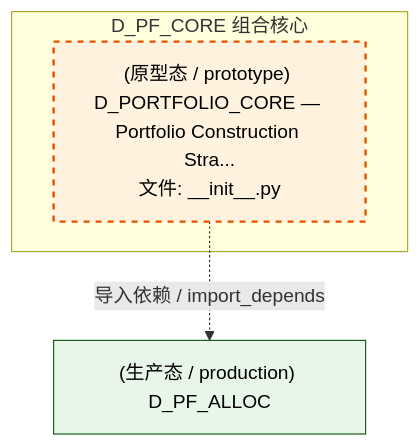
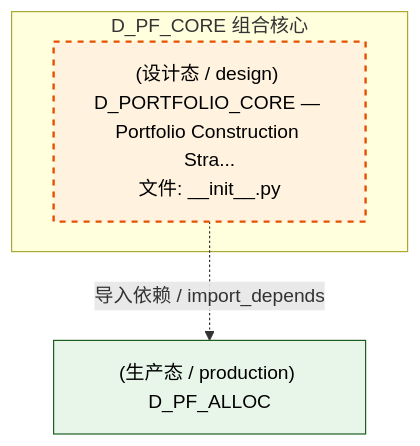
Before and after one commit to xuanFelixVan/ZephyrAlpha: the second of 3 diagrams in docs/02_enterprise_architecture/02_domain_architecture_docs/52_d_pf_core.md, drawn with Mermaid. The commit also changed other lines of this file and 177 other files, not shown here.

````diff
--- a/docs/02_enterprise_architecture/02_domain_architecture_docs/52_d_pf_core.md
+++ b/docs/02_enterprise_architecture/02_domain_architecture_docs/52_d_pf_core.md
@@ -94,14 +93,14 @@
 ```mermaid
 graph TD
     subgraph D_PF_CORE["D_PF_CORE 组合核心"]
-        src_zephyr_pf_core_strategy_engine_init_py["(原型态 / prototype) D_PORTFOLIO_CORE — Portfolio Construction Stra...<br/>文件: __init__.py"]
+        src_zephyr_pf_core_strategy_engine_init_py["(设计态 / design) D_PORTFOLIO_CORE — Portfolio Construction Stra...<br/>文件: __init__.py"]
     end
     D_PF_ALLOC["(生产态 / production) D_PF_ALLOC"]
     src_zephyr_pf_core_strategy_engine_init_py -.->|导入依赖 / import_depends| D_PF_ALLOC
     classDef production fill:#e1f5fe,stroke:#01579b,stroke-width:2px,color:#000
     classDef design fill:#fff3e0,stroke:#e65100,stroke-width:2px,color:#000,stroke-dasharray: 5 5
     classDef external_prod fill:#e8f5e9,stroke:#1b5e20,stroke-width:1px,color:#000
     classDef external_design fill:#fce4ec,stroke:#880e4f,stroke-width:1px,color:#000,stroke-dasharray: 5 5
     class src_zephyr_pf_core_strategy_engine_init_py design
     class D_PF_ALLOC external_prod
 ```
````
